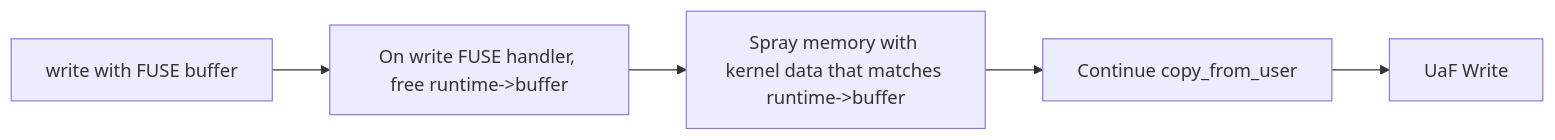
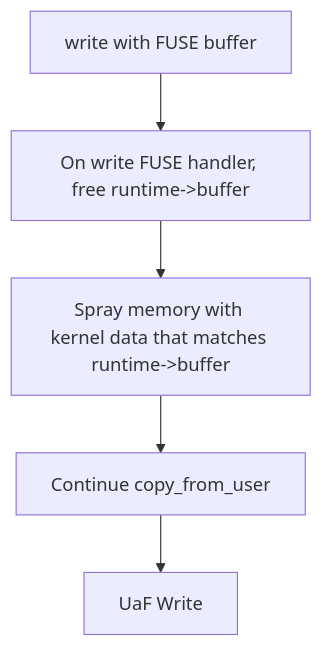
The third of 6 diagrams in _posts/linux_kernel/2024-04-26-cve-2020-27786.md (elbiazo/elbiazo.github.io), drawn with Mermaid before and after one commit.

Commit message:
update blog to use top down mermaid for visibility

````diff
--- a/_posts/linux_kernel/2024-04-26-cve-2020-27786.md
+++ b/_posts/linux_kernel/2024-04-26-cve-2020-27786.md
@@ -103,4 +103,4 @@
 ```mermaid
-flowchart LR
+flowchart TD
 1[write with FUSE buffer] --> 2[On write FUSE handler, free runtime->buffer] --> 3[Spray memory with kernel data that matches runtime->buffer] --> 4[Continue copy_from_user] --> 5[UaF Write]
 ```
````
